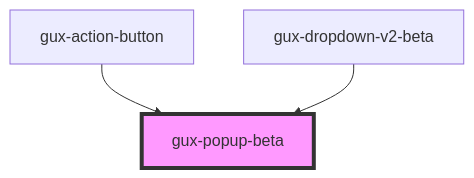
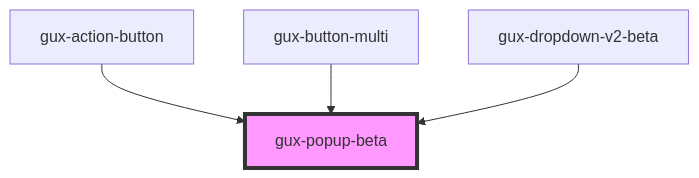
One commit to MyPureCloud/genesys-spark changed the diagram in src/components/beta/gux-popup/readme.md. Above: the diagram before and after it, drawn with Mermaid. The commit also changed other lines of this file and 7 other files, not shown here.

First line of the commit message:
feat(gux-button-multi): added gux-button-multi component

````diff
--- a/src/components/beta/gux-popup/readme.md
+++ b/src/components/beta/gux-popup/readme.md
@@ -31,6 +32,7 @@
 ```mermaid
 graph TD;
   gux-action-button --> gux-popup-beta
+  gux-button-multi --> gux-popup-beta
   gux-dropdown-v2-beta --> gux-popup-beta
   style gux-popup-beta fill:#f9f,stroke:#333,stroke-width:4px
 ```
````
